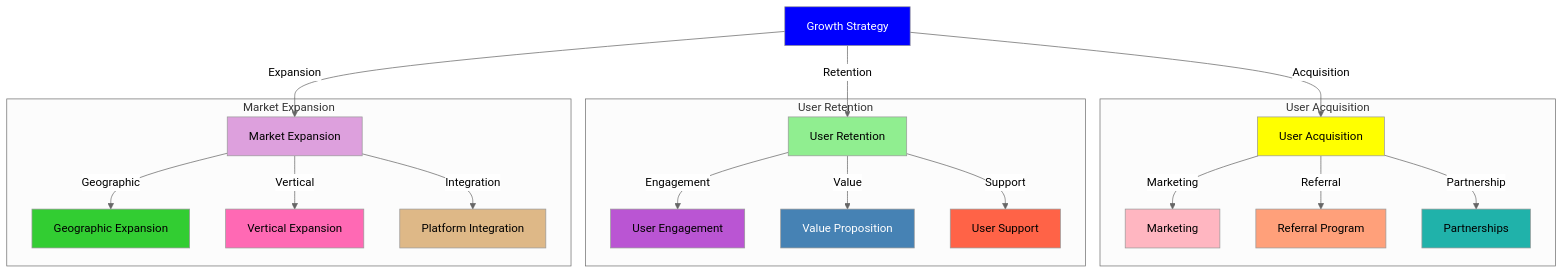
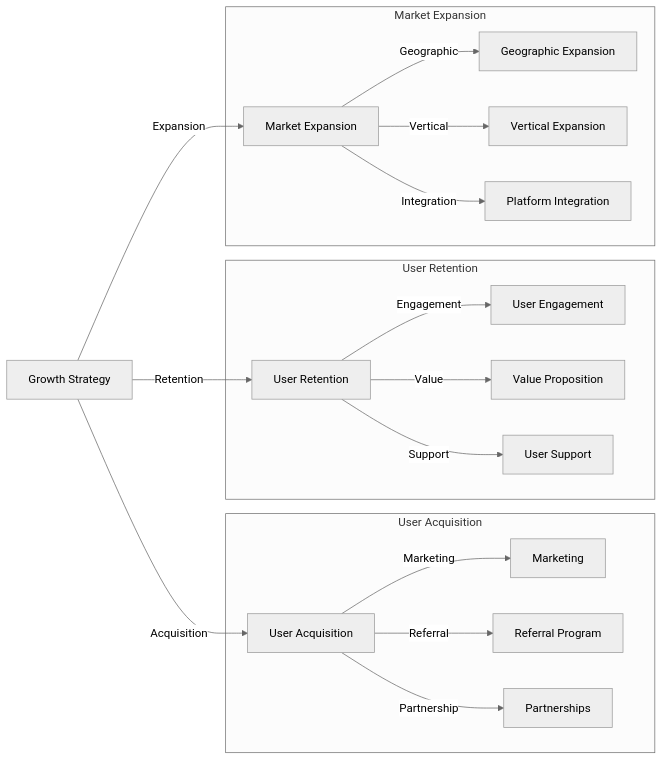
One commit to MEMEFANS/memefans changed diagram 12 of 13 in docs/whitepaper/market-analysis.md. Above: the diagram before and after it, drawn with Mermaid (neutral theme). The commit also changed other lines of this file, not shown here.

Commit message:
fix: convert all graphs to simple LR format for maximum compatibility

````diff
--- a/docs/whitepaper/market-analysis.md
+++ b/docs/whitepaper/market-analysis.md
@@ -531,38 +457,24 @@
-<div class="mermaid">
-graph TD
+```mermaid
+graph LR
     A[Growth Strategy] -->|Acquisition| B[User Acquisition]
     A -->|Retention| C[User Retention]
     A -->|Expansion| D[Market Expansion]
     
     subgraph User Acquisition
     B -->|Marketing| E[Marketing]
     B -->|Referral| F[Referral Program]
     B -->|Partnership| G[Partnerships]
     end
     
     subgraph User Retention
     C -->|Engagement| H[User Engagement]
     C -->|Value| I[Value Proposition]
     C -->|Support| J[User Support]
     end
     
     subgraph Market Expansion
     D -->|Geographic| K[Geographic Expansion]
     D -->|Vertical| L[Vertical Expansion]
     D -->|Integration| M[Platform Integration]
     end
-    
-    style A fill:#0000FF,color:#FFFFFF
-    style B fill:#FFFF00,color:#000000
-    style C fill:#90EE90,color:#000000
-    style D fill:#DDA0DD,color:#000000
-    style E fill:#FFB6C1,color:#000000
-    style F fill:#FFA07A,color:#000000
-    style G fill:#20B2AA,color:#000000
-    style H fill:#BA55D3,color:#000000
-    style I fill:#4682B4,color:#FFFFFF
-    style J fill:#FF6347,color:#000000
-    style K fill:#32CD32,color:#000000
-    style L fill:#FF69B4,color:#000000
-    style M fill:#DEB887,color:#000000
-</div>
+```
````
